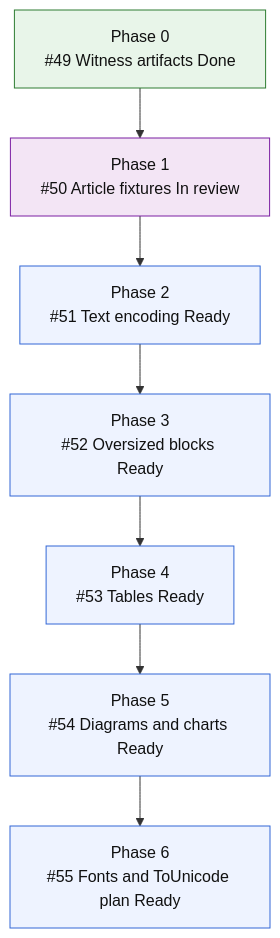
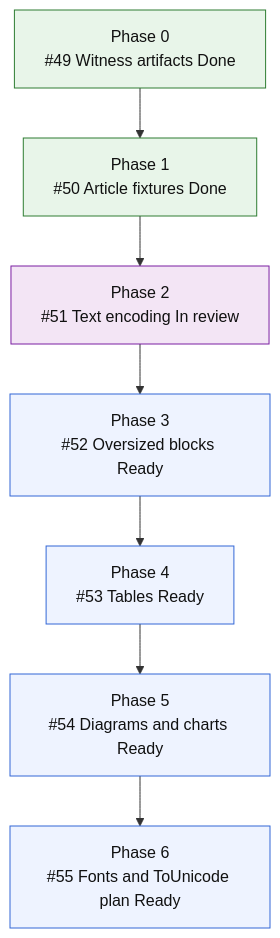
One commit to mihaelamj/MarkdownPDF changed the second of 2 diagrams in README.md. Above: the diagram before and after it, drawn with Mermaid. The commit also changed other lines of this file and 8 other files, not shown here.

First line of the commit message:
feat(pdf): define portable text encoding

````diff
--- a/README.md
+++ b/README.md
@@ -212,21 +212,21 @@
 ```mermaid
 flowchart TD
     F0["Phase 0<br/>#49 Witness artifacts Done"]
-    F1["Phase 1<br/>#50 Article fixtures In review"]
-    F2["Phase 2<br/>#51 Text encoding Ready"]
+    F1["Phase 1<br/>#50 Article fixtures Done"]
+    F2["Phase 2<br/>#51 Text encoding In review"]
     F3["Phase 3<br/>#52 Oversized blocks Ready"]
     F4["Phase 4<br/>#53 Tables Ready"]
     F5["Phase 5<br/>#54 Diagrams and charts Ready"]
     F6["Phase 6<br/>#55 Fonts and ToUnicode plan Ready"]
 
     F0 --> F1 --> F2 --> F3 --> F4 --> F5 --> F6
 
     classDef done fill:#e8f5e9,stroke:#2e7d32,color:#111;
     classDef active fill:#e3f2fd,stroke:#1565c0,color:#111;
     classDef review fill:#f3e5f5,stroke:#7b1fa2,color:#111;
     classDef next fill:#fff8e1,stroke:#f9a825,color:#111;
     classDef todo fill:#eef3ff,stroke:#3367d6,color:#111;
-    class F0 done;
-    class F1 review;
-    class F2,F3,F4,F5,F6 todo;
+    class F0,F1 done;
+    class F2 review;
+    class F3,F4,F5,F6 todo;
 ```
````
